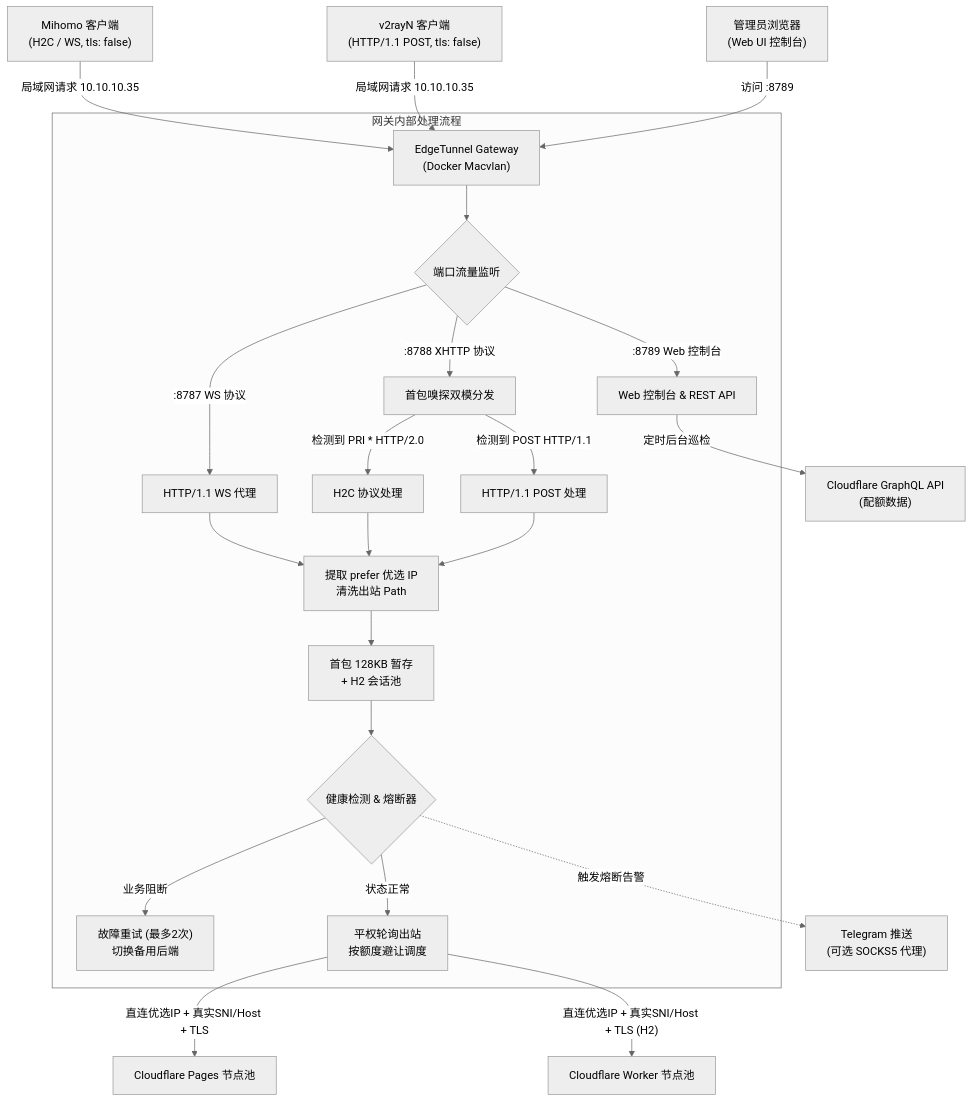
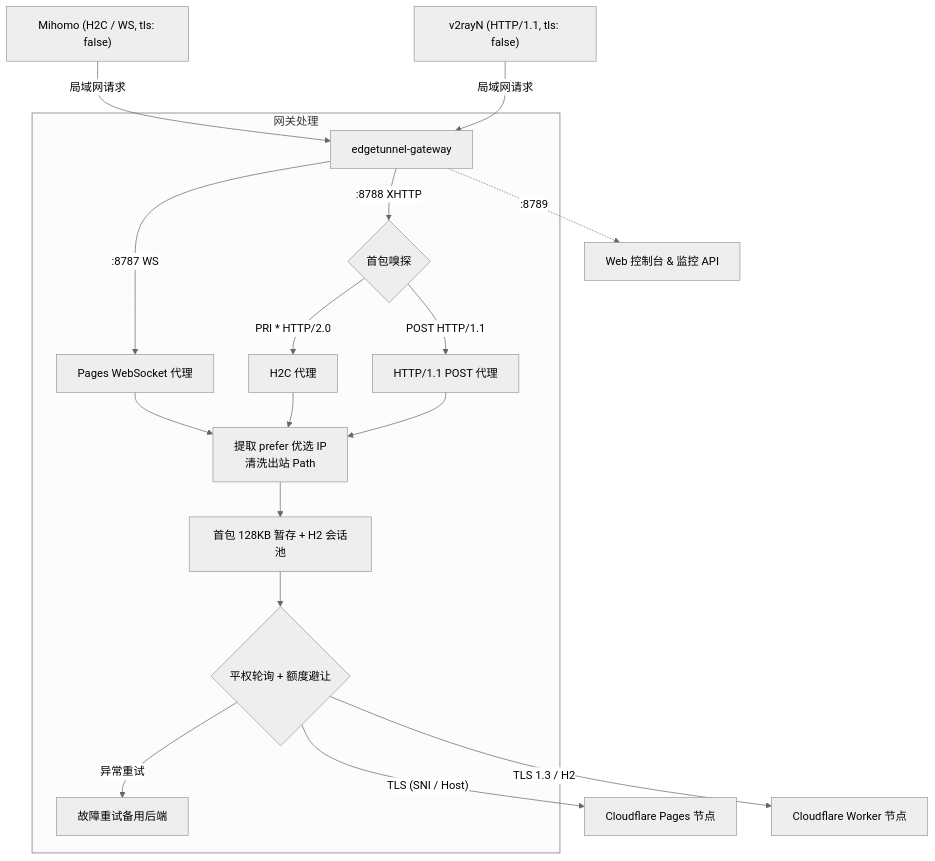
The diagram in README.md (aihddelyy/edgetunnel-gateway), drawn with Mermaid (neutral theme) before and after one commit. The commit also changed other lines of this file, not shown here.

````diff
--- a/README.md
+++ b/README.md
@@ -52,30 +24,21 @@
 ```mermaid
 graph TD
-    Client1["Mihomo 客户端<br/>(H2C / WS, tls: false)"] -->|局域网请求 10.10.10.35| GW["EdgeTunnel Gateway<br/>(Docker Macvlan)"]
-    Client2["v2rayN 客户端<br/>(HTTP/1.1 POST, tls: false)"] -->|局域网请求 10.10.10.35| GW
-    Browser["管理员浏览器<br/>(Web UI 控制台)"] -->|访问 :8789| GW
+    Client1["Mihomo (H2C / WS, tls: false)"] -->|局域网请求| GW["edgetunnel-gateway"]
+    Client2["v2rayN (HTTP/1.1, tls: false)"] -->|局域网请求| GW
 
-    subgraph 网关内部处理流程
-        GW --> Sniff{"端口流量监听"}
-        Sniff -->|:8787 WS 协议| H1Server["HTTP/1.1 WS 代理"]
-        Sniff -->|:8788 XHTTP 协议| LoopbackMux["首包嗅探双模分发"]
-        Sniff -->|:8789 Web 控制台| WebUI["Web 控制台 & REST API"]
-        
-        LoopbackMux -->|检测到 PRI * HTTP/2.0| IsolatedH2["H2C 协议处理"]
-        LoopbackMux -->|检测到 POST HTTP/1.1| IsolatedH1["HTTP/1.1 POST 处理"]
-        
-        H1Server --> Extract["提取 prefer 优选 IP<br/>清洗出站 Path"]
-        IsolatedH2 --> Extract
-        IsolatedH1 --> Extract
-        
-        Extract --> BufferCheck["首包 128KB 暂存<br/>+ H2 会话池"]
-        BufferCheck --> HealthCheck{"健康检测 & 熔断器"}
-        HealthCheck -->|业务阻断| Failover["故障重试 (最多2次)<br/>切换备用后端"]
-        HealthCheck -->|状态正常| LB["平权轮询出站<br/>按额度避让调度"]
+    subgraph 网关处理
+        GW -->|:8787 WS| WS_Proxy["Pages WebSocket 代理"]
+        GW -->|:8788 XHTTP| Sniff{"首包嗅探"}
+        Sniff -->|PRI * HTTP/2.0| H2C["H2C 代理"]
+        Sniff -->|POST HTTP/1.1| H1["HTTP/1.1 POST 代理"]
+
+        WS_Proxy & H2C & H1 --> Prefer["提取 prefer 优选 IP<br/>清洗出站 Path"]
+        Prefer --> Pool["首包 128KB 暂存 + H2 会话池"]
+        Pool --> LB{"平权轮询 + 额度避让"}
+        LB -->|异常重试| Failover["故障重试备用后端"]
     end
 
-    LB -->|"直连优选IP + 真实SNI/Host + TLS"| CF_Pages["Cloudflare Pages 节点池"]
-    LB -->|"直连优选IP + 真实SNI/Host + TLS (H2)"| CF_Worker["Cloudflare Worker 节点池"]
-    WebUI -->|定时后台巡检| CF_API["Cloudflare GraphQL API<br/>(配额数据)"]
-    HealthCheck -.->|触发熔断告警| TG["Telegram 推送<br/>(可选 SOCKS5 代理)"]
+    LB -->|"TLS (SNI / Host)"| CF_Pages["Cloudflare Pages 节点"]
+    LB -->|"TLS 1.3 / H2"| CF_Workers["Cloudflare Worker 节点"]
+    GW -.->|:8789| WebUI["Web 控制台 & 监控 API"]
 ```
````
